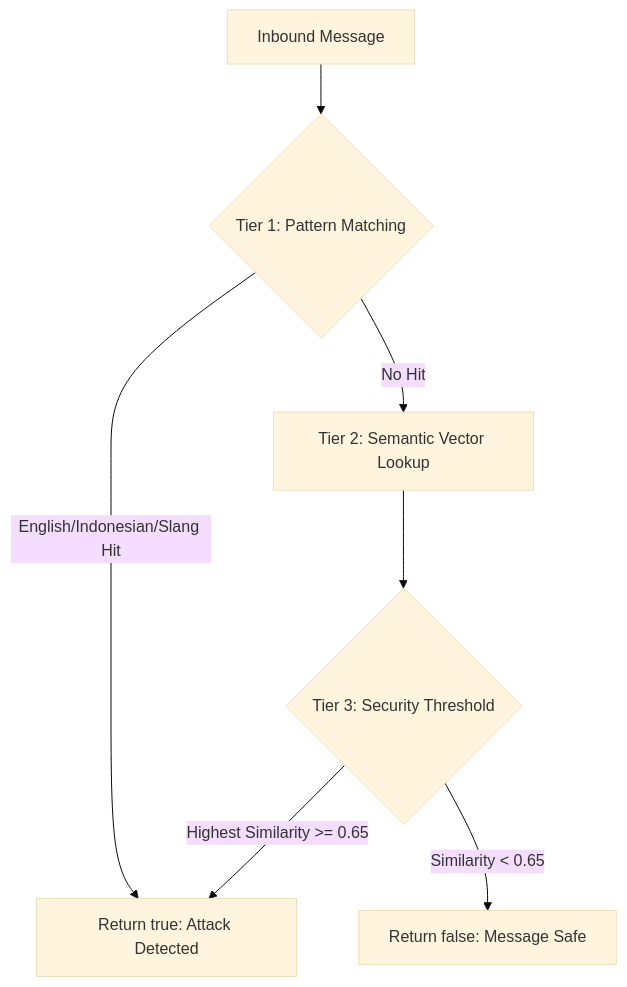
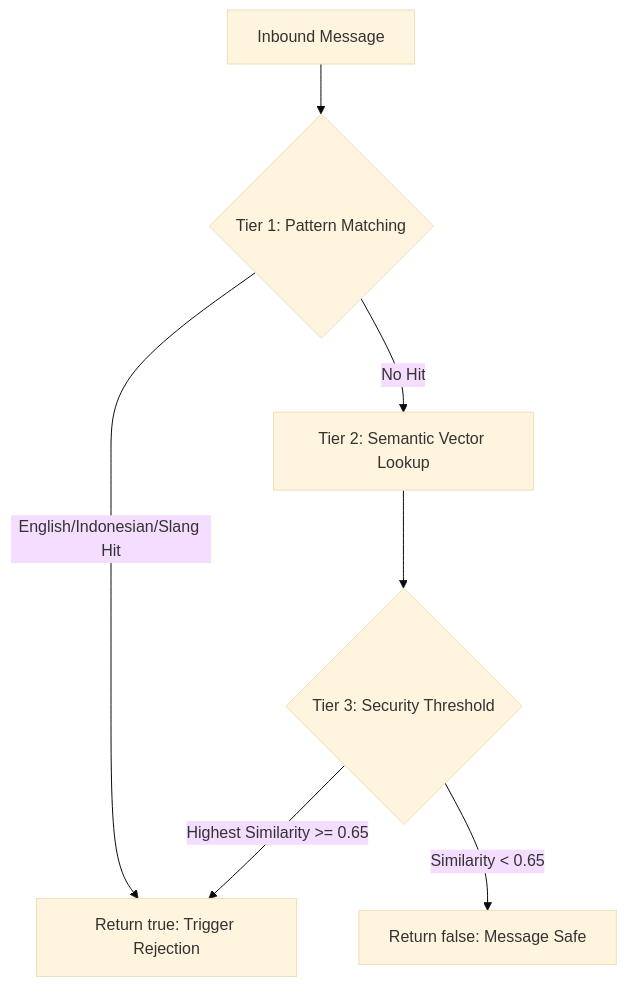
The third of 4 diagrams in README.md (triandamai/nomi), drawn with Mermaid (base theme) before and after one commit. The commit also changed other lines of this file and 2 other files, not shown here.

````diff
--- a/README.md
+++ b/README.md
@@ -90,9 +90,9 @@
 ```mermaid
 graph TD
     In[Inbound Message] --> P1{Tier 1: Pattern Matching}
-    P1 -->|English/Indonesian/Slang Hit| Block[Return true: Attack Detected]
+    P1 -->|English/Indonesian/Slang Hit| Block[Return true: Trigger Rejection]
     P1 -->|No Hit| P2[Tier 2: Semantic Vector Lookup]
     P2 --> P3{Tier 3: Security Threshold}
     P3 -->|Highest Similarity >= 0.65| Block
     P3 -->|Similarity < 0.65| Safe[Return false: Message Safe]
 ```
````
